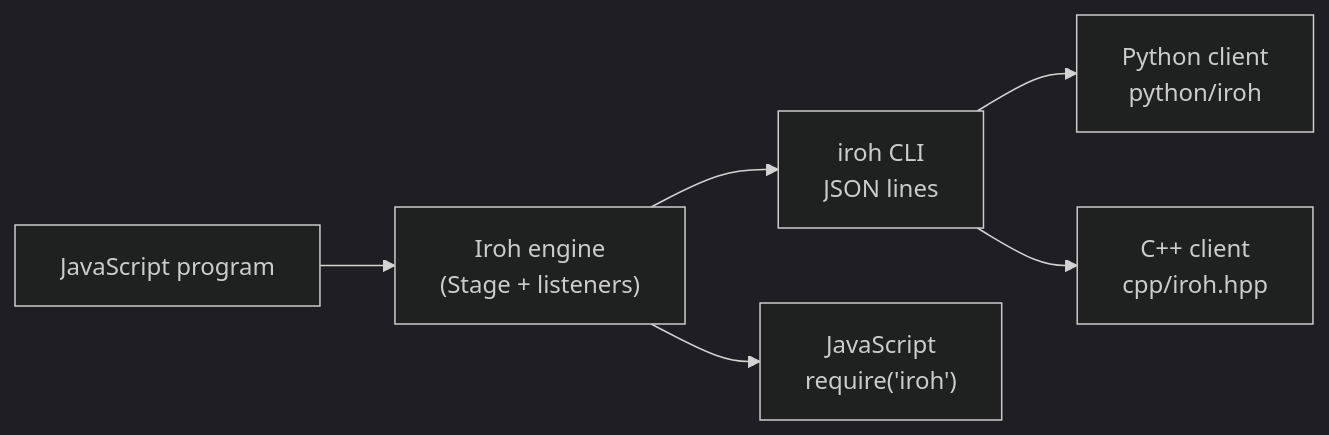
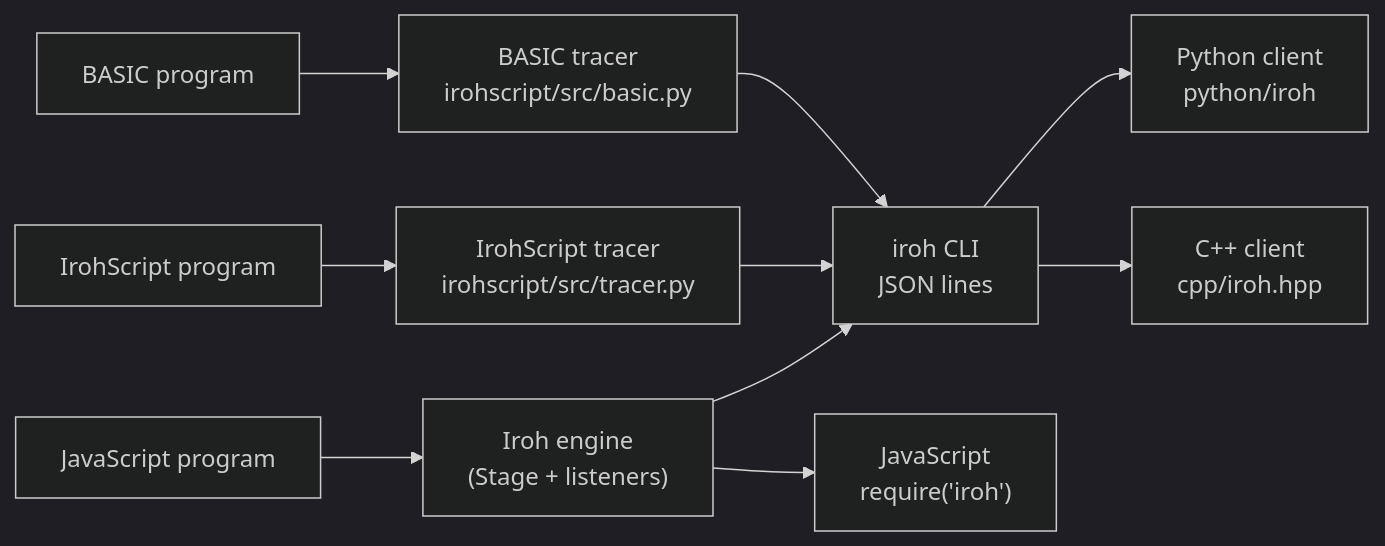
The diagram in README.md (andyle777/IrohRedux), drawn with Mermaid (dark theme) before and after one commit. The commit also changed other lines of this file and 92 other files, not shown here.

Commit message:
IrohRedux 1.1.0: IrohScript foundation rework + input synthesiser + redo

````diff
--- a/README.md
+++ b/README.md
@@ -125,8 +224,12 @@
 ```mermaid
 flowchart LR
   JS["JavaScript program"] --> Engine["Iroh engine<br/>(Stage + listeners)"]
   Engine --> CLI["iroh CLI<br/>JSON lines"]
   CLI --> PY["Python client<br/>python/iroh"]
   CLI --> CPP["C++ client<br/>cpp/iroh.hpp"]
   Engine --> LIB["JavaScript<br/>require('iroh')"]
+  IS["IrohScript program"] --> IST["IrohScript tracer<br/>irohscript/src/tracer.py"]
+  BAS["BASIC program"] --> BAST["BASIC tracer<br/>irohscript/src/basic.py"]
+  IST --> CLI
+  BAST --> CLI
 ```
````
